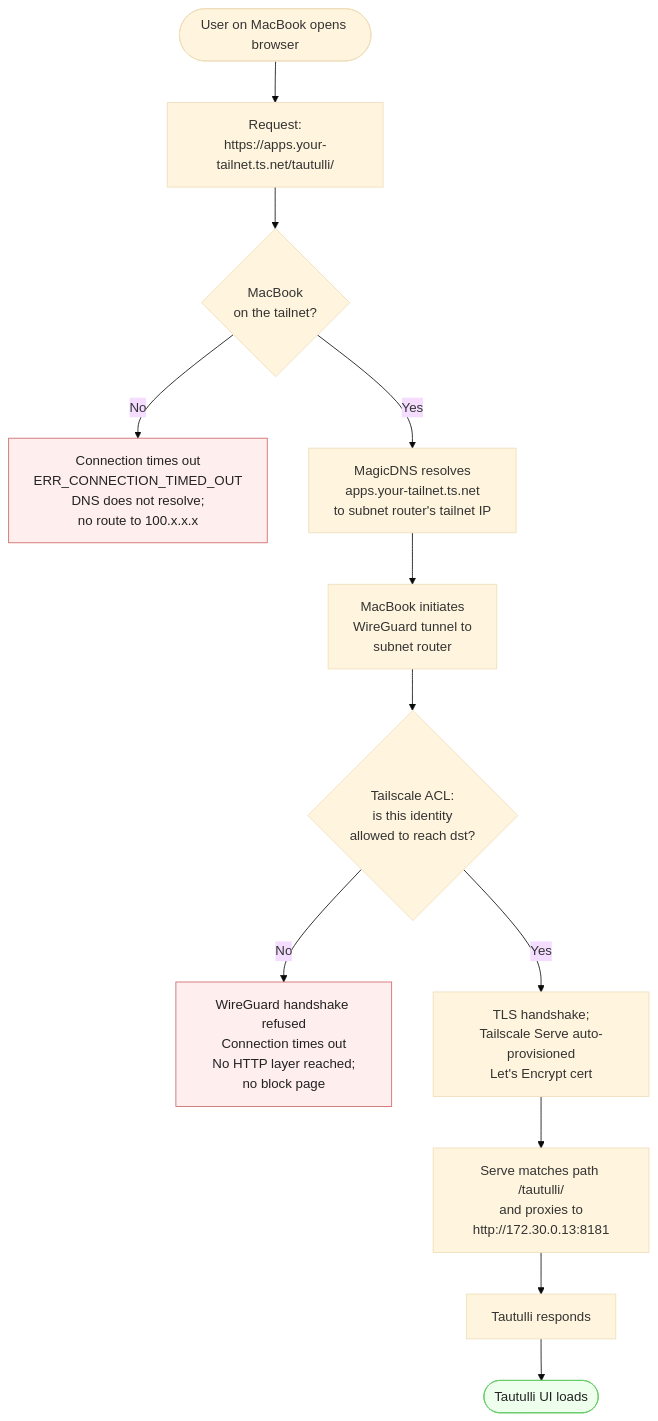
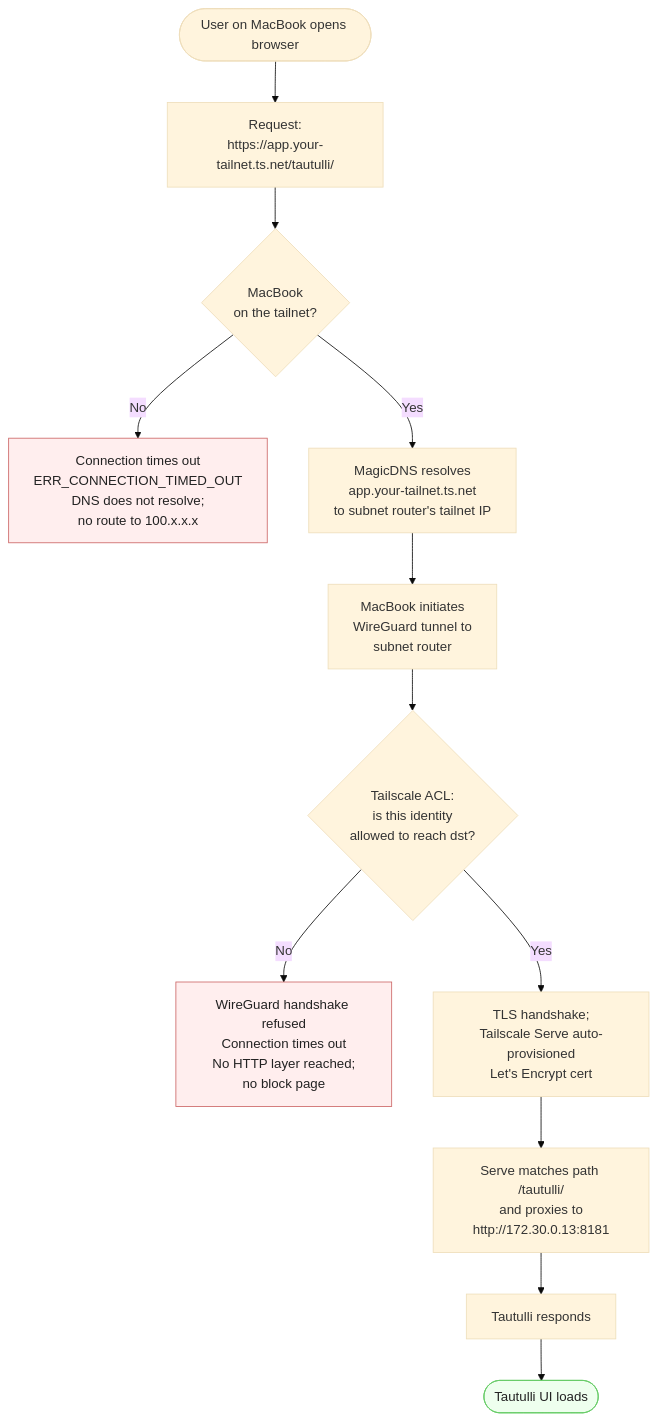
The diagram in README.md (Logvin/secure-plex-with-tailscale), drawn with Mermaid (base theme) before and after one commit. The commit also changed other lines of this file, not shown here.

````diff
--- a/README.md
+++ b/README.md
@@ -61,23 +71,23 @@
 ```mermaid
 flowchart TD
-    Start([User on MacBook opens browser]) --> Req[Request:<br/>https://apps.your-tailnet.ts.net/tautulli/]
+    Start([User on MacBook opens browser]) --> Req[Request:<br/>https://app.your-tailnet.ts.net/tautulli/]
     Req --> TS{MacBook<br/>on the tailnet?}
 
     TS -->|No| Fail1[Connection times out<br/>ERR_CONNECTION_TIMED_OUT<br/>DNS does not resolve;<br/>no route to 100.x.x.x]
 
-    TS -->|Yes| DNS[MagicDNS resolves<br/>apps.your-tailnet.ts.net<br/>to subnet router's tailnet IP]
+    TS -->|Yes| DNS[MagicDNS resolves<br/>app.your-tailnet.ts.net<br/>to subnet router's tailnet IP]
     DNS --> WG[MacBook initiates<br/>WireGuard tunnel to<br/>subnet router]
     WG --> ACL{Tailscale ACL:<br/>is this identity<br/>allowed to reach dst?}
 
     ACL -->|No| Fail2[WireGuard handshake refused<br/>Connection times out<br/>No HTTP layer reached;<br/>no block page]
 
     ACL -->|Yes| TLS[TLS handshake;<br/>Tailscale Serve auto-provisioned<br/>Let's Encrypt cert]
     TLS --> Route[Serve matches path /tautulli/<br/>and proxies to<br/>http://172.30.0.13:8181]
     Route --> App[Tautulli responds]
     App --> Done([Tautulli UI loads])
 
     classDef fail fill:#fee,stroke:#c66,color:#222
     classDef ok fill:#efe,stroke:#6c6,color:#222
     class Fail1,Fail2 fail
     class Done ok
 ```
````
